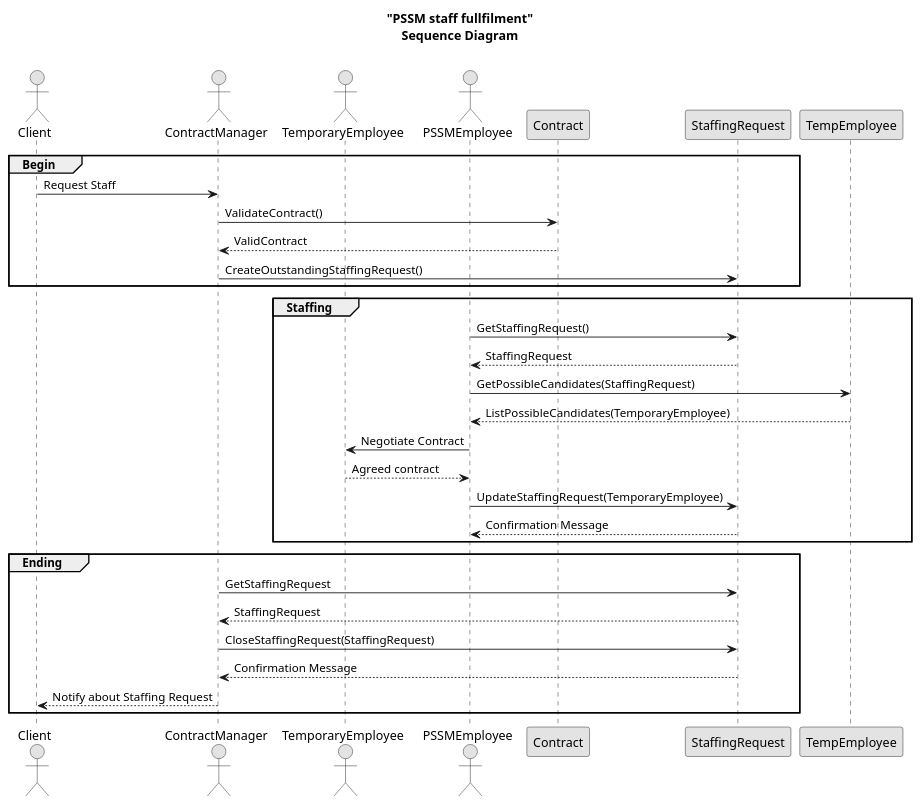
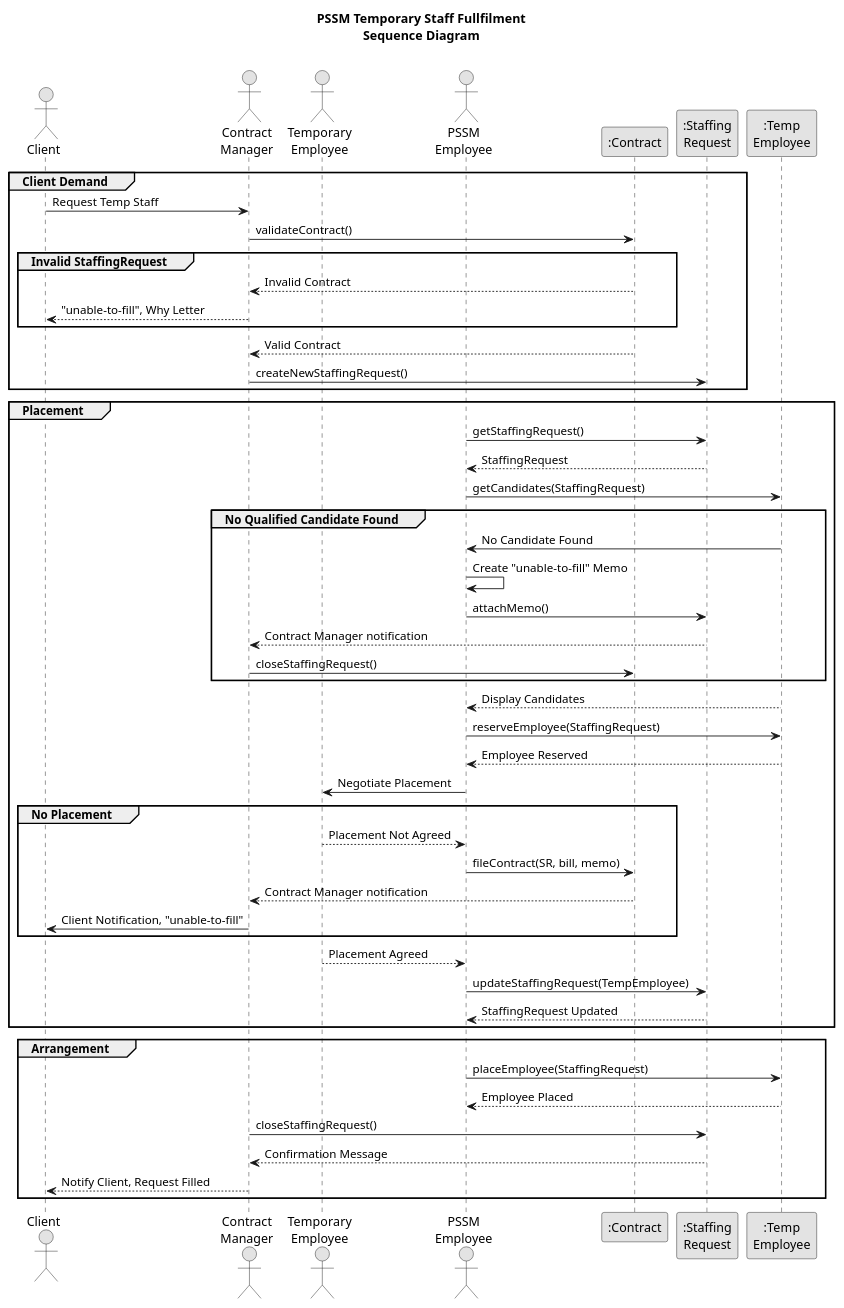
Before and after one commit to Nuissance/CIS641-capstone: the diagram in Analysis/behavioral/PSSM_staff_fullfilment_sd.puml, drawn with PlantUML. The commit also changed 2 other files, not shown here.

Commit message:
sequence diagram laid out

```diff
--- a/Analysis/behavioral/PSSM_staff_fullfilment_sd.puml
+++ b/Analysis/behavioral/PSSM_staff_fullfilment_sd.puml
@@ -1,42 +1,61 @@
 @startuml
 skinparam monochrome true
-title "PSSM staff fullfilment"\nSequence Diagram\n
+title PSSM Temporary Staff Fullfilment\nSequence Diagram\n
 
 actor Client as C
-actor ContractManager as CM
-actor TemporaryEmployee as TE
-actor PSSMEmployee as PE
+actor "Contract\nManager" as CM
+actor "Temporary\nEmployee" as TE
+actor "PSSM\nEmployee" as PE
 
 
-participant Contract as CO
-participant StaffingRequest as SR
-participant TempEmployee as TEC
+participant ":Contract" as CO
+participant ":Staffing\nRequest" as SR
+participant ":Temp\nEmployee" as TEC
 
 
-group Begin
-  C -> CM : Request Staff
-  CM -> CO: ValidateContract()
-  CO --> CM : ValidContract
-  CM -> SR : CreateOutstandingStaffingRequest()
+group Client Demand
+  C -> CM : Request Temp Staff
+  CM -> CO: validateContract()
+  group Invalid StaffingRequest
+    CO --> CM : Invalid Contract
+    CM --> C : "unable-to-fill", Why Letter
+  end
+  CO --> CM : Valid Contract
+  CM -> SR : createNewStaffingRequest()
 end
 
-group Staffing
-  PE -> SR : GetStaffingRequest()
+group Placement
+  PE -> SR : getStaffingRequest()
   SR --> PE : StaffingRequest
-  PE -> TEC : GetPossibleCandidates(StaffingRequest)
-  TEC --> PE : ListPossibleCandidates(TemporaryEmployee)
-  PE -> TE : Negotiate Contract
-  TE --> PE : Agreed contract
-  PE -> SR : UpdateStaffingRequest(TemporaryEmployee)
-  SR --> PE : Confirmation Message
+  PE -> TEC : getCandidates(StaffingRequest)
+  group No Qualified Candidate Found
+    TEC -> PE : No Candidate Found
+    PE -> PE : Create "unable-to-fill" Memo
+    PE -> SR : attachMemo()
+    SR --> CM : Contract Manager notification
+    CM -> CO : closeStaffingRequest()
+  end
+  TEC --> PE : Display Candidates
+  PE -> TEC : reserveEmployee(StaffingRequest)
+  TEC --> PE : Employee Reserved
+  PE -> TE : Negotiate Placement
+  group No Placement
+    TE --> PE : Placement Not Agreed
+    PE -> CO : fileContract(SR, bill, memo)
+    CO --> CM : Contract Manager notification
+    CM -> C : Client Notification, "unable-to-fill"
+  end
+  TE --> PE : Placement Agreed
+  PE -> SR : updateStaffingRequest(TempEmployee)
+  SR --> PE : StaffingRequest Updated
 end
 
-group Ending
-  CM -> SR: GetStaffingRequest
-  SR --> CM: StaffingRequest
-  CM -> SR :CloseStaffingRequest(StaffingRequest)
+group Arrangement
+  PE -> TEC : placeEmployee(StaffingRequest)
+  TEC --> PE : Employee Placed
+  CM -> SR : closeStaffingRequest()
   SR --> CM : Confirmation Message
-  CM --> C: Notify about Staffing Request
+  CM --> C: Notify Client, Request Filled
 end
 
 @enduml
```
